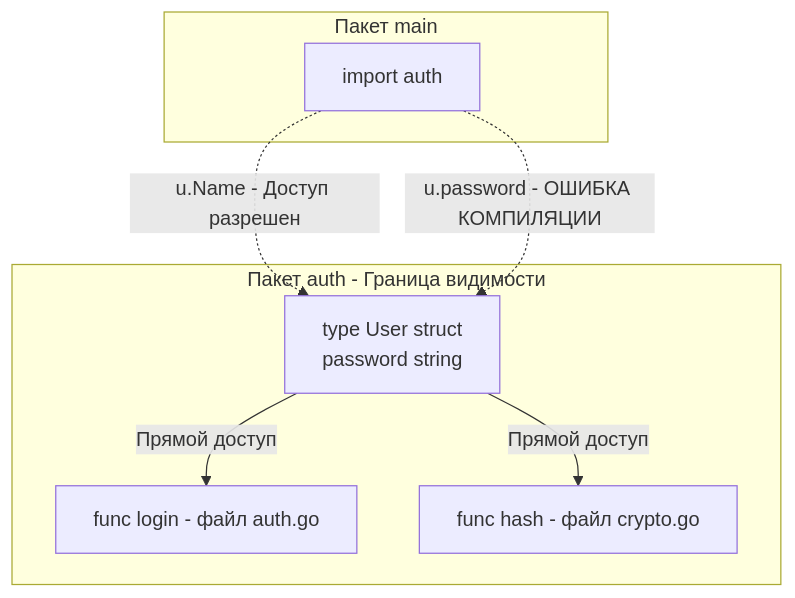
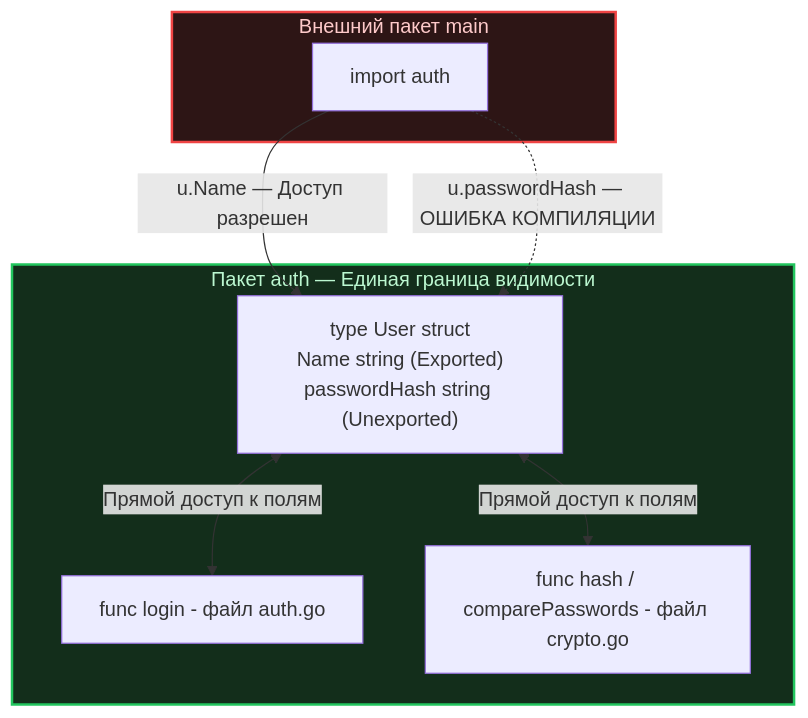
One commit to UnrealTemplier/go-textbook changed the diagram in sources/4. История и философия Go/23. Public и Private через экспортируемость имен.md. Above: the diagram before and after it, drawn with Mermaid. The commit also changed other lines of this file, not shown here.

````diff
--- a/sources/4. История и философия Go/23. Public и Private через экспортируемость имен.md
+++ b/sources/4. История и философия Go/23. Public и Private через экспортируемость имен.md
@@ -44,11 +60,17 @@
 ```mermaid
 flowchart TD
-    subgraph PKG_AUTH ["Пакет auth - Граница видимости"]
-        A["type User struct<br>password string"] -->|"Прямой доступ"| B["func login - файл auth.go"]
-        A -->|"Прямой доступ"| C["func hash - файл crypto.go"]
+    subgraph PKG_AUTH ["Пакет auth — Единая граница видимости"]
+        A["type User struct<br>Name string (Exported)<br>passwordHash string (Unexported)"]
+        B["func login - файл auth.go"]
+        C["func hash / comparePasswords - файл crypto.go"]
+        A <-->|"Прямой доступ к полям"| B
+        A <-->|"Прямой доступ к полям"| C
     end
-    subgraph PKG_MAIN ["Пакет main"]
-        D["import auth"] -.->|"u.Name - Доступ разрешен"| A
-        D -.->|"u.password - ОШИБКА КОМПИЛЯЦИИ"| A
+    subgraph PKG_MAIN ["Внешний пакет main"]
+        D["import auth"]
+        D -->|"u.Name — Доступ разрешен"| A
+        D -.->|"u.passwordHash — ОШИБКА КОМПИЛЯЦИИ"| A
     end
+    style PKG_AUTH fill:#132e1b,stroke:#22c55e,stroke-width:2px,color:#bbf7d0
+    style PKG_MAIN fill:#2d1515,stroke:#ef4444,stroke-width:2px,color:#fecaca
 ```
````
